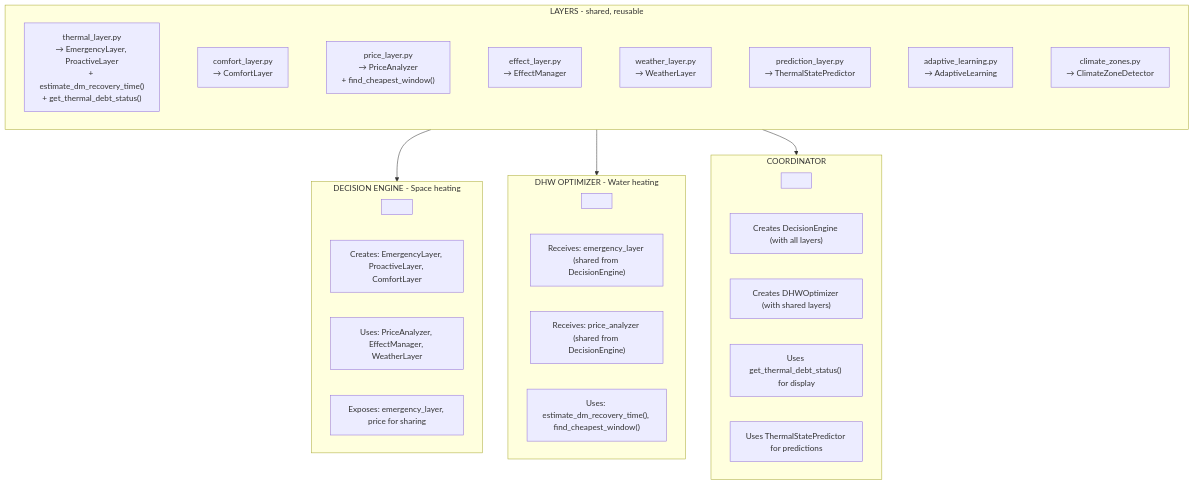
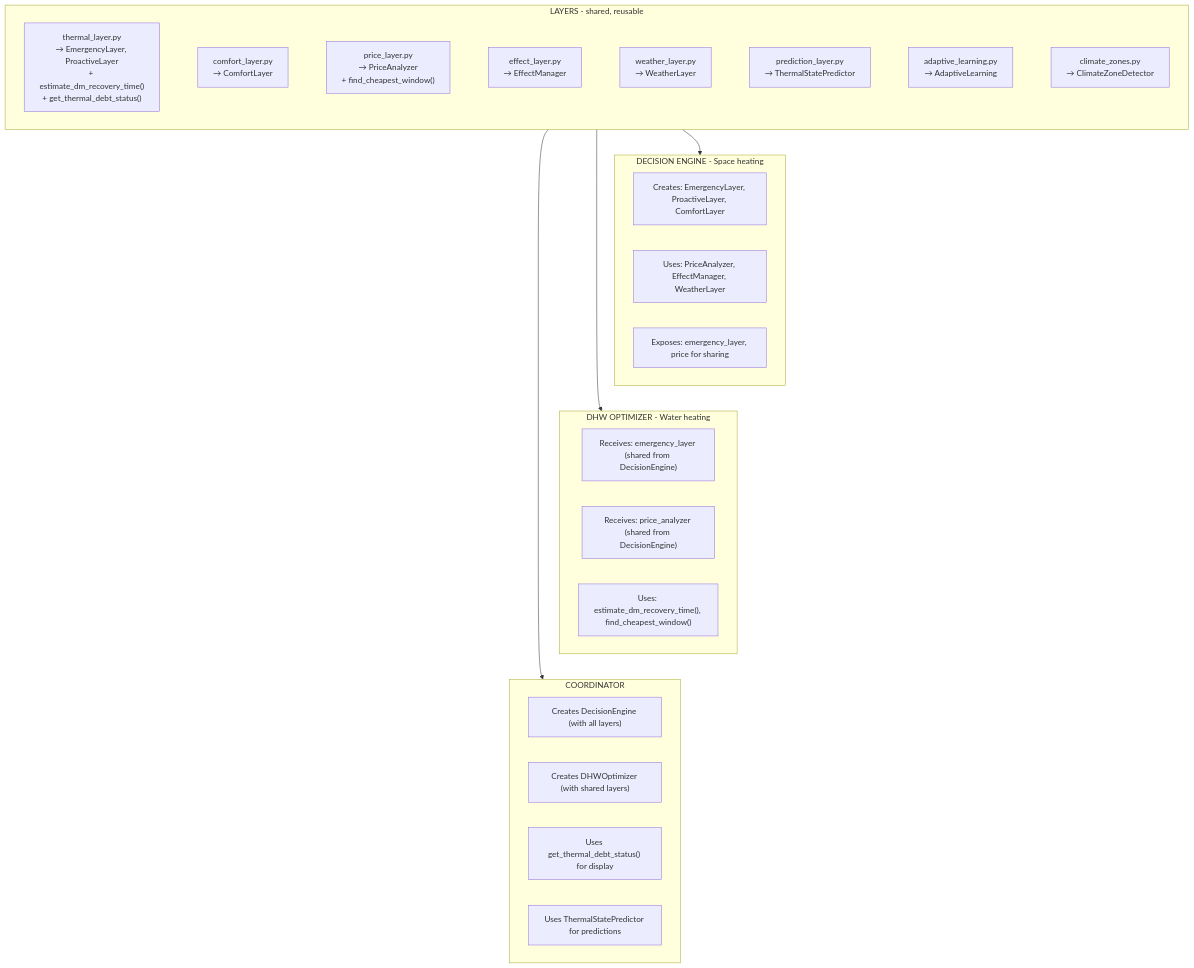
The diagram in docs/architecture/00_overview.md (enoch85/EffektGuard), drawn with Mermaid before and after one commit.

````diff
--- a/docs/architecture/00_overview.md
+++ b/docs/architecture/00_overview.md
@@ -55,42 +55,41 @@
 ```mermaid
 flowchart TB
     subgraph Layers["LAYERS - shared, reusable"]
         direction LR
         TL["thermal_layer.py<br/>→ EmergencyLayer, ProactiveLayer<br/>+ estimate_dm_recovery_time#40;#41;<br/>+ get_thermal_debt_status#40;#41;"]
         CL["comfort_layer.py<br/>→ ComfortLayer"]
         PrL["price_layer.py<br/>→ PriceAnalyzer<br/>+ find_cheapest_window#40;#41;"]
         EfL["effect_layer.py<br/>→ EffectManager"]
         WL["weather_layer.py<br/>→ WeatherLayer"]
         PredL["prediction_layer.py<br/>→ ThermalStatePredictor"]
         AL["adaptive_learning.py<br/>→ AdaptiveLearning"]
         CZ["climate_zones.py<br/>→ ClimateZoneDetector"]
         
         TL ~~~ CL ~~~ PrL ~~~ EfL ~~~ WL ~~~ PredL ~~~ AL ~~~ CZ
     end
 
     Layers --> DE
     Layers --> DHW
     Layers --> COORD
 
+    DE ~~~ DHW ~~~ COORD
+
     subgraph DE["DECISION ENGINE - Space heating"]
-        DE0[" "]
         DE1["Creates: EmergencyLayer, ProactiveLayer, ComfortLayer"]
         DE2["Uses: PriceAnalyzer, EffectManager, WeatherLayer"]
         DE3["Exposes: emergency_layer, price for sharing"]
     end
 
     subgraph DHW["DHW OPTIMIZER - Water heating"]
-        DHW0[" "]
         DHW1["Receives: emergency_layer #40;shared from DecisionEngine#41;"]
         DHW2["Receives: price_analyzer #40;shared from DecisionEngine#41;"]
         DHW3["Uses: estimate_dm_recovery_time#40;#41;, find_cheapest_window#40;#41;"]
     end
 
     subgraph COORD["COORDINATOR"]
-        COORD0[" "]
         COORD1["Creates DecisionEngine #40;with all layers#41;"]
         COORD2["Creates DHWOptimizer #40;with shared layers#41;"]
         COORD3["Uses get_thermal_debt_status#40;#41; for display"]
         COORD4["Uses ThermalStatePredictor for predictions"]
     end
 ```
````
